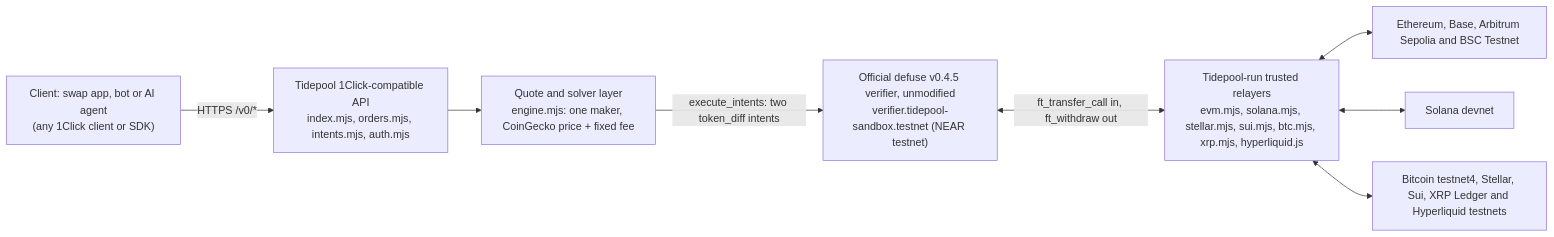
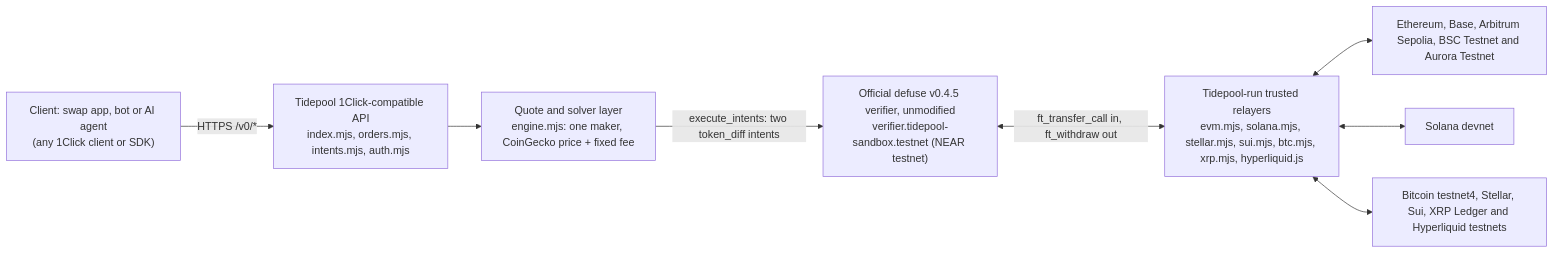
One commit to Watchmeecryt/tidepool changed the diagram in README.md. Above: the diagram before and after it, drawn with Mermaid. The commit also changed other lines of this file and 1 other file, not shown here.

Commit message:
Explorer: official Aurora chain badge; README: Aurora, BSC/Ondo, Hyperliquid send/receive, 3-hour faucet limits

````diff
--- a/README.md
+++ b/README.md
@@ -36,10 +36,10 @@
 ```mermaid
 flowchart LR
   C["Client: swap app, bot or AI agent<br/>(any 1Click client or SDK)"] -->|"HTTPS /v0/*"| A["Tidepool 1Click-compatible API<br/>index.mjs, orders.mjs, intents.mjs, auth.mjs"]
   A --> Q["Quote and solver layer<br/>engine.mjs: one maker, CoinGecko price + fixed fee"]
   Q -->|"execute_intents: two token_diff intents"| V["Official defuse v0.4.5 verifier, unmodified<br/>verifier.tidepool-sandbox.testnet (NEAR testnet)"]
   V <-->|"ft_transfer_call in, ft_withdraw out"| B["Tidepool-run trusted relayers<br/>evm.mjs, solana.mjs, stellar.mjs, sui.mjs, btc.mjs, xrp.mjs, hyperliquid.js"]
-  B <--> E["Ethereum, Base, Arbitrum Sepolia and BSC Testnet"]
+  B <--> E["Ethereum, Base, Arbitrum Sepolia, BSC Testnet and Aurora Testnet"]
   B <--> S["Solana devnet"]
   B <--> O["Bitcoin testnet4, Stellar, Sui, XRP Ledger and Hyperliquid testnets"]
 ```
````
